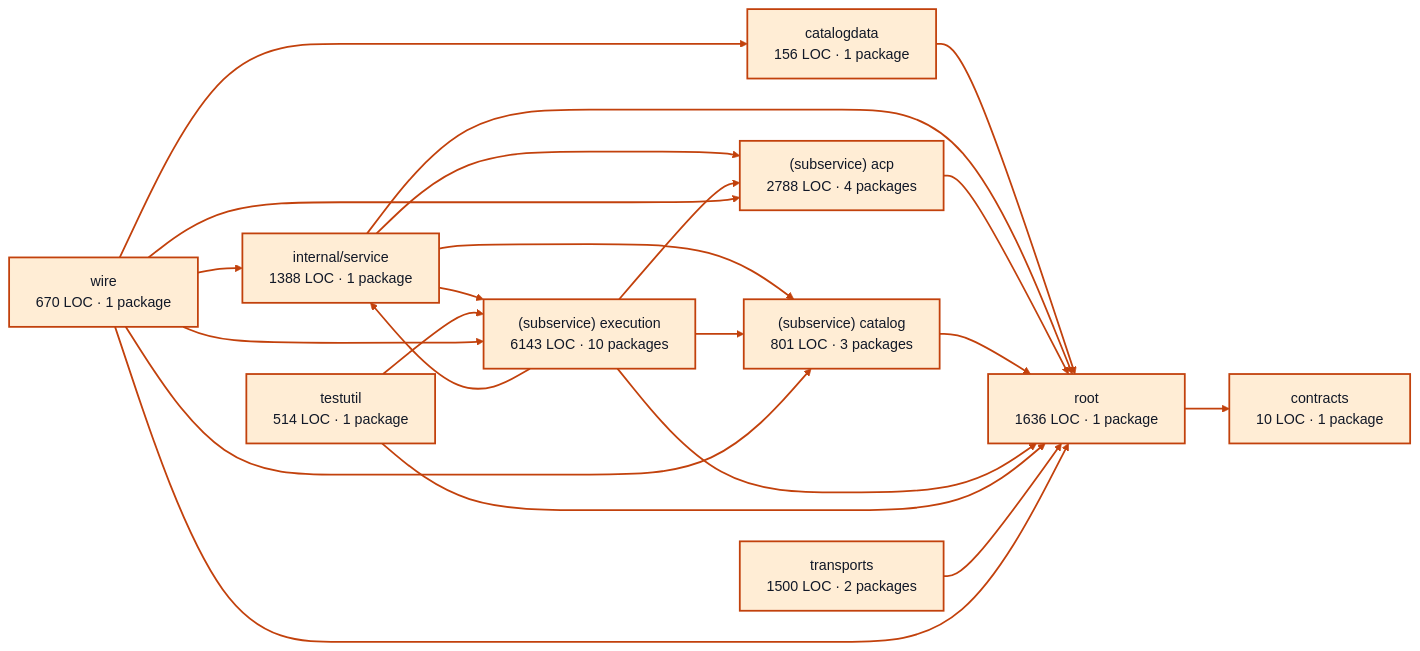
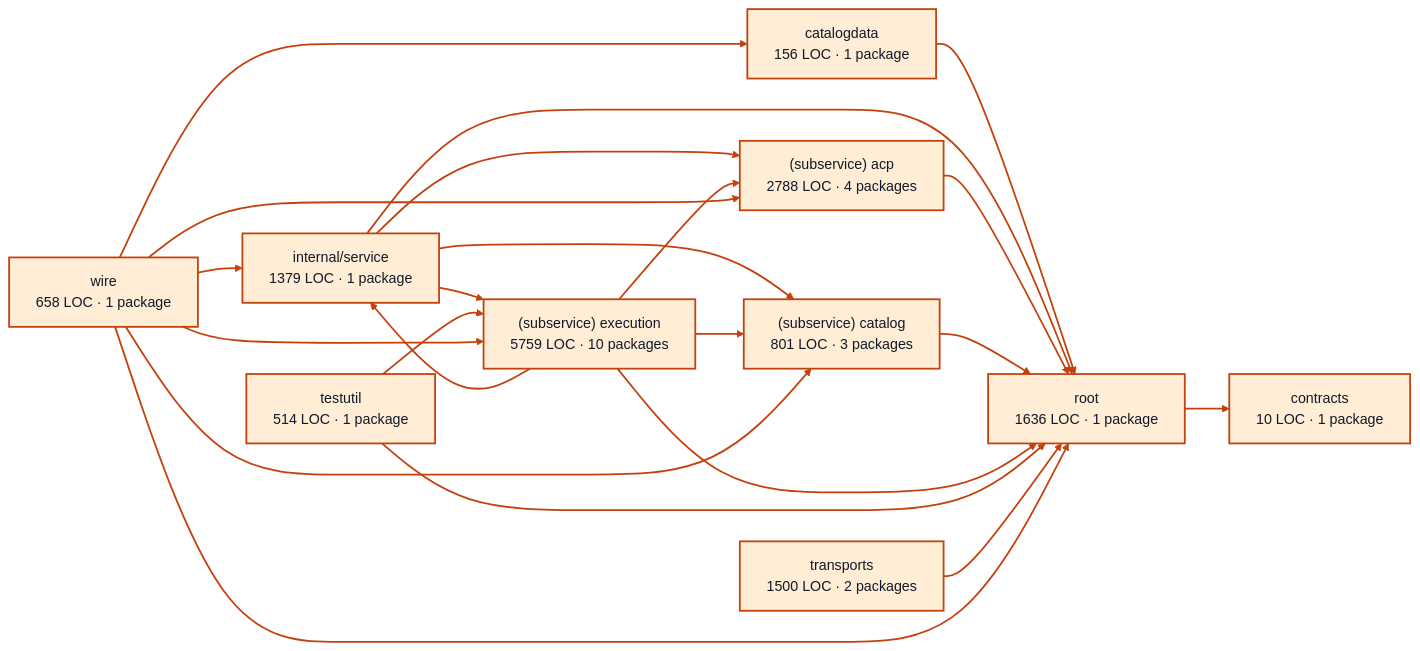
One commit to portpowered/you-agent-factory changed the diagram in docs/architecture/visualizations/services/providers.md. Above: the diagram before and after it, drawn with Mermaid. The commit also changed other lines of this file and 21 other files, not shown here.

Commit message:
docs: refresh backend architecture visualizations

````diff
--- a/docs/architecture/visualizations/services/providers.md
+++ b/docs/architecture/visualizations/services/providers.md
@@ -11,45 +11,45 @@
 ```mermaid
 flowchart LR
   p0["catalogdata<br/>156 LOC · 1 package"]
   p1["contracts<br/>10 LOC · 1 package"]
-  p2["internal/service<br/>1388 LOC · 1 package"]
+  p2["internal/service<br/>1379 LOC · 1 package"]
   p3["(subservice) acp<br/>2788 LOC · 4 packages"]
   p4["(subservice) catalog<br/>801 LOC · 3 packages"]
-  p5["(subservice) execution<br/>6143 LOC · 10 packages"]
+  p5["(subservice) execution<br/>5759 LOC · 10 packages"]
   p6["testutil<br/>514 LOC · 1 package"]
   p7["root<br/>1636 LOC · 1 package"]
   p8["transports<br/>1500 LOC · 2 packages"]
-  p9["wire<br/>670 LOC · 1 package"]
+  p9["wire<br/>658 LOC · 1 package"]
   p0 --> p7
   p2 --> p3
   p2 --> p4
   p2 --> p5
   p2 --> p7
   p3 --> p7
   p4 --> p7
   p5 --> p2
   p5 --> p3
   p5 --> p4
   p5 --> p7
   p6 --> p5
   p6 --> p7
   p7 --> p1
   p8 --> p7
   p9 --> p0
   p9 --> p2
   p9 --> p3
   p9 --> p4
   p9 --> p5
   p9 --> p7
   style p0 fill:#ffedd5,stroke:#c2410c,stroke-width:2px,color:#111827
   style p1 fill:#ffedd5,stroke:#c2410c,stroke-width:2px,color:#111827
   style p2 fill:#ffedd5,stroke:#c2410c,stroke-width:2px,color:#111827
   style p3 fill:#ffedd5,stroke:#c2410c,stroke-width:2px,color:#111827
   style p4 fill:#ffedd5,stroke:#c2410c,stroke-width:2px,color:#111827
   style p5 fill:#ffedd5,stroke:#c2410c,stroke-width:2px,color:#111827
   style p6 fill:#ffedd5,stroke:#c2410c,stroke-width:2px,color:#111827
   style p7 fill:#ffedd5,stroke:#c2410c,stroke-width:2px,color:#111827
   style p8 fill:#ffedd5,stroke:#c2410c,stroke-width:2px,color:#111827
   style p9 fill:#ffedd5,stroke:#c2410c,stroke-width:2px,color:#111827
   linkStyle default stroke:#c2410c,stroke-width:2px
 ```
````
